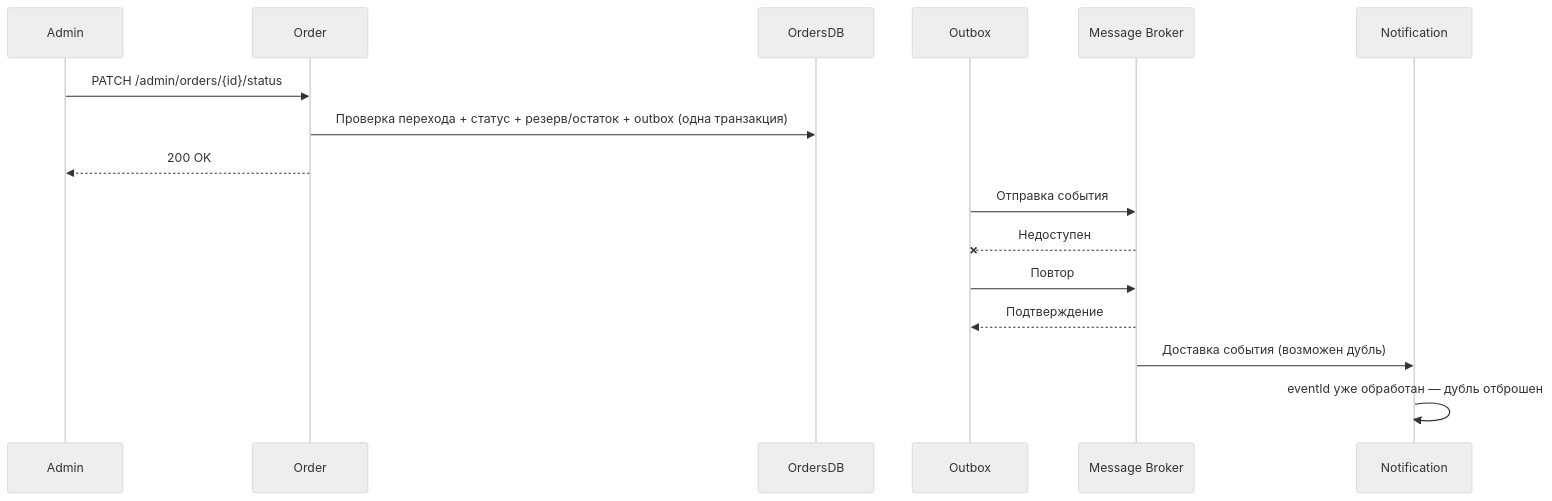
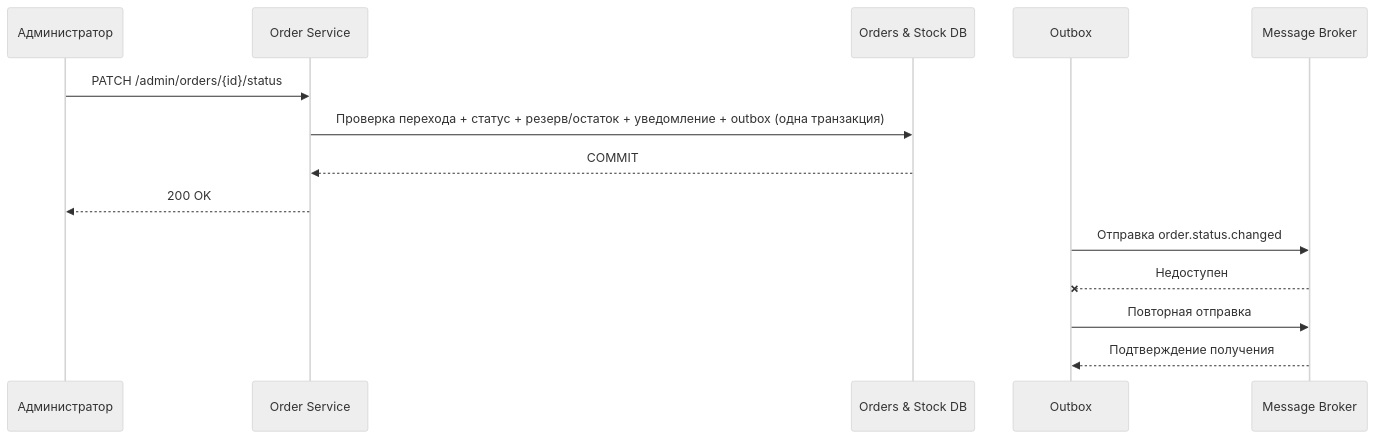
One commit to spbu-ds-practicum-2026/good_question changed the ninth of 10 diagrams in docs/tr.md. Above: the diagram before and after it, drawn with Mermaid (neutral theme). The commit also changed other lines of this file, not shown here.

````diff
--- a/docs/tr.md
+++ b/docs/tr.md
@@ -467,19 +508,19 @@
 ```mermaid
+
 sequenceDiagram
-  participant Admin
-  participant Order
-  participant OrdersDB
+  participant Admin as Администратор
+  participant Order as Order Service
+  participant OrdersDB as Orders & Stock DB
   participant Outbox
   participant Broker as Message Broker
-  participant Notify as Notification
 
   Admin->>Order: PATCH /admin/orders/{id}/status
-  Order->>OrdersDB: Проверка перехода + статус + резерв/остаток + outbox (одна транзакция)
+  Order->>OrdersDB: Проверка перехода + статус + резерв/остаток + уведомление + outbox (одна транзакция)
+  OrdersDB-->>Order: COMMIT
   Order-->>Admin: 200 OK
-  Outbox->>Broker: Отправка события
+  Outbox->>Broker: Отправка order.status.changed
   Broker--xOutbox: Недоступен
-  Outbox->>Broker: Повтор
-  Broker-->>Outbox: Подтверждение
-  Broker->>Notify: Доставка события (возможен дубль)
-  Notify->>Notify: eventId уже обработан — дубль отброшен
+  Outbox->>Broker: Повторная отправка
+  Broker-->>Outbox: Подтверждение получения
+
 ```
````
